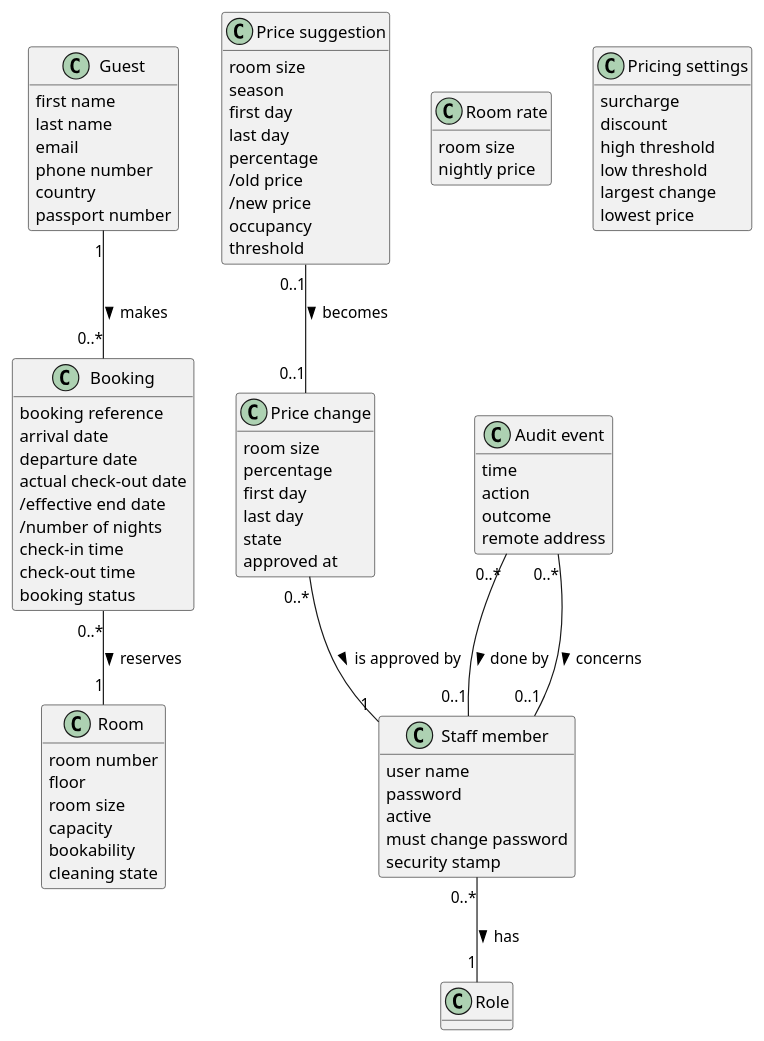
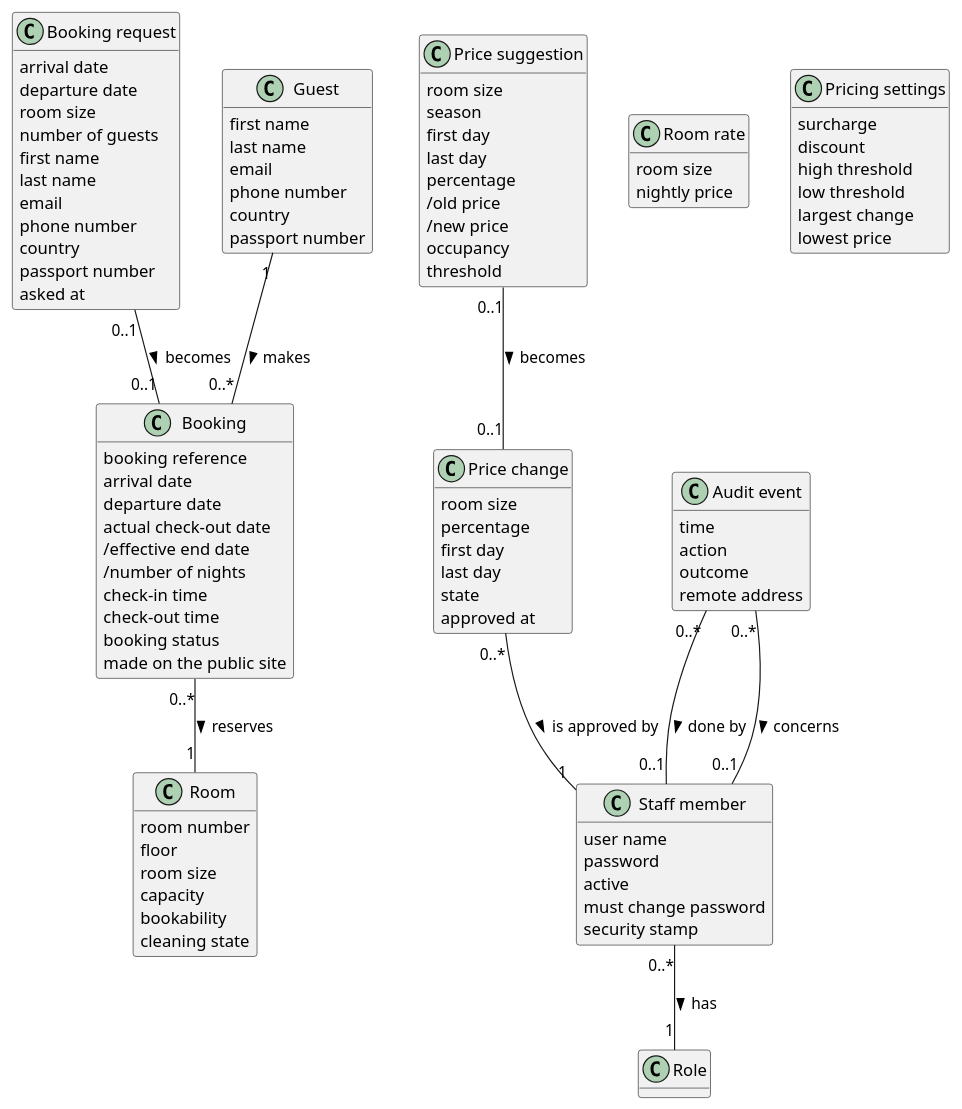
One commit to NF-Hotel/NFHotel changed the diagram in docs/domain-model.md. Above: the diagram before and after it, drawn with PlantUML. The commit also changed other lines of this file and 25 other files, not shown here.

````diff
--- a/docs/domain-model.md
+++ b/docs/domain-model.md
@@ -38,6 +38,20 @@
   check-in time
   check-out time
   booking status
+  made on the public site
+}
+class "Booking request" as BookingRequest {
+  arrival date
+  departure date
+  room size
+  number of guests
+  first name
+  last name
+  email
+  phone number
+  country
+  passport number
+  asked at
 }
 class Room {
   room number
@@ -107,5 +121,6 @@
 Booking "0..*" -- "1" Room : reserves >
 PriceChange "0..*" -- "1" StaffMember : is approved by >
 PriceSuggestion "0..1" -- "0..1" PriceChange : becomes >
+BookingRequest "0..1" -- "0..1" Booking : becomes >
 @enduml
 ```
````
